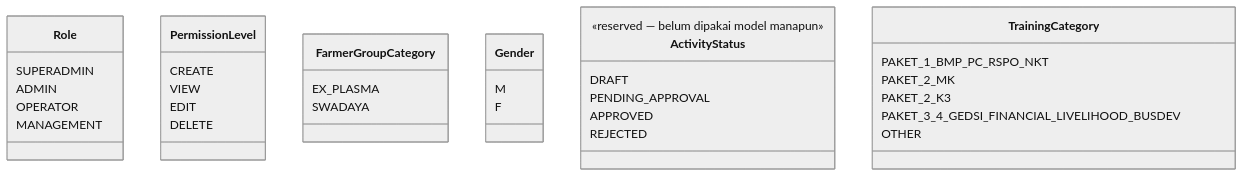
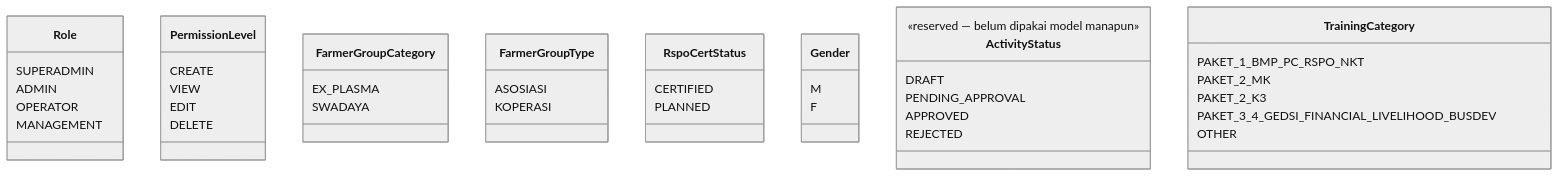
One commit to WRI-Indonesia/mis-smallholder-hub changed the first of 4 diagrams in docs/database/models.md. Above: the diagram before and after it, drawn with Mermaid (neutral theme). The commit also changed 13 other files, not shown here.

First line of the commit message:
feat(farmer-group): Tipe Grup, split Tahun, Sertifikasi RSPO + kode ICS → ISH (#160)

````diff
--- a/docs/database/models.md
+++ b/docs/database/models.md
@@ -21,42 +21,52 @@
 ```mermaid
 classDiagram
     class Role {
         SUPERADMIN
         ADMIN
         OPERATOR
         MANAGEMENT
     }
 
     class PermissionLevel {
         CREATE
         VIEW
         EDIT
         DELETE
     }
 
     class FarmerGroupCategory {
         EX_PLASMA
         SWADAYA
+    }
+
+    class FarmerGroupType {
+        ASOSIASI
+        KOPERASI
+    }
+
+    class RspoCertStatus {
+        CERTIFIED
+        PLANNED
     }
 
     class Gender {
         M
         F
     }
 
     class ActivityStatus {
         <<reserved — belum dipakai model manapun>>
         DRAFT
         PENDING_APPROVAL
         APPROVED
         REJECTED
     }
 
     class TrainingCategory {
         PAKET_1_BMP_PC_RSPO_NKT
         PAKET_2_MK
         PAKET_2_K3
         PAKET_3_4_GEDSI_FINANCIAL_LIVELIHOOD_BUSDEV
         OTHER
     }
 ```
````
